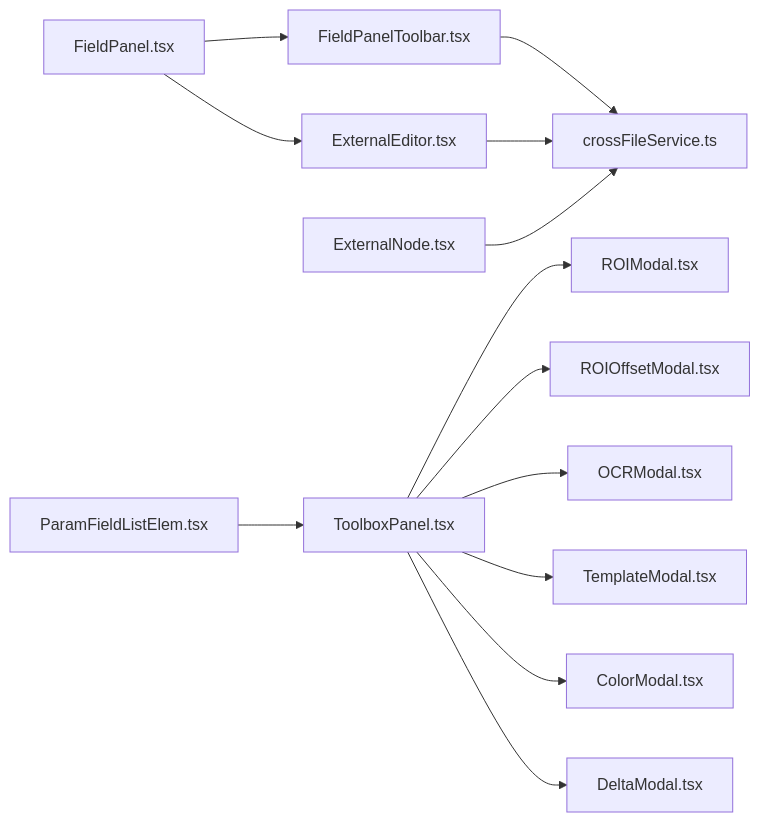
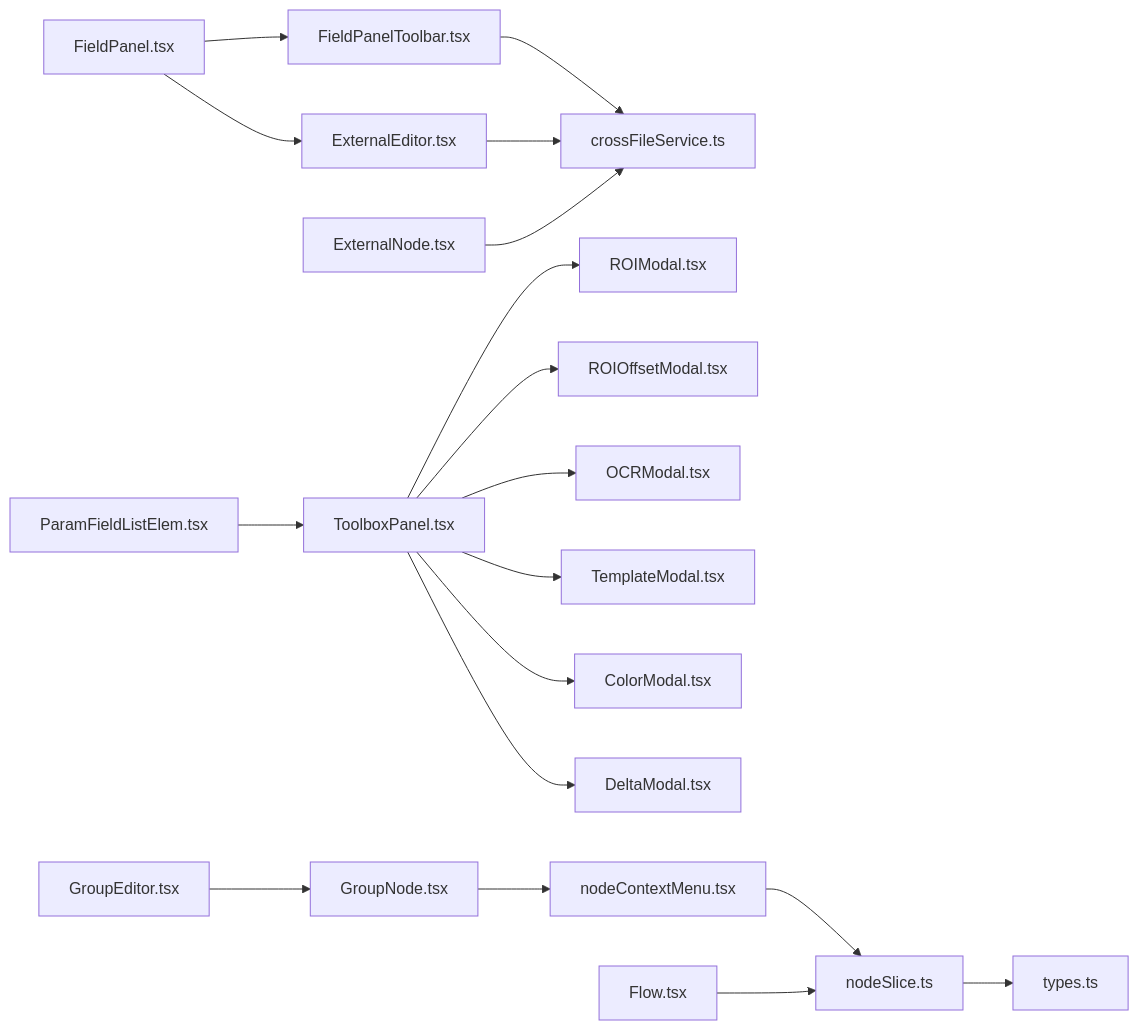
One commit to kqcoxn/MaaPipelineEditor changed the sixth of 6 diagrams in .qoder/repowiki/zh/content/核心概念/字段面板工具栏.md. Above: the diagram before and after it, drawn with Mermaid. The commit also changed other lines of this file and 6 other files, not shown here.

````diff
--- a/.qoder/repowiki/zh/content/核心概念/字段面板工具栏.md
+++ b/.qoder/repowiki/zh/content/核心概念/字段面板工具栏.md
@@ -386,15 +524,20 @@
 ```mermaid
 graph LR
 FPT["FieldPanelToolbar.tsx"] --> CFS["crossFileService.ts"]
 FP["FieldPanel.tsx"] --> FPT
 FP --> END["ExternalEditor.tsx"]
 END --> CFS
 EN["ExternalNode.tsx"] --> CFS
 TP["ToolboxPanel.tsx"] --> ROI["ROIModal.tsx"]
 TP --> ROIO["ROIOffsetModal.tsx"]
 TP --> OCR["OCRModal.tsx"]
 TP --> TM["TemplateModal.tsx"]
 TP --> CM["ColorModal.tsx"]
 TP --> DM["DeltaModal.tsx"]
 PFE["ParamFieldListElem.tsx"] --> TP
+GN["GroupNode.tsx"] --> NCM["nodeContextMenu.tsx"]
+GE["GroupEditor.tsx"] --> GN
+NCM --> NS["nodeSlice.ts"]
+NS --> FT["types.ts"]
+FL["Flow.tsx"] --> NS
 ```
````
